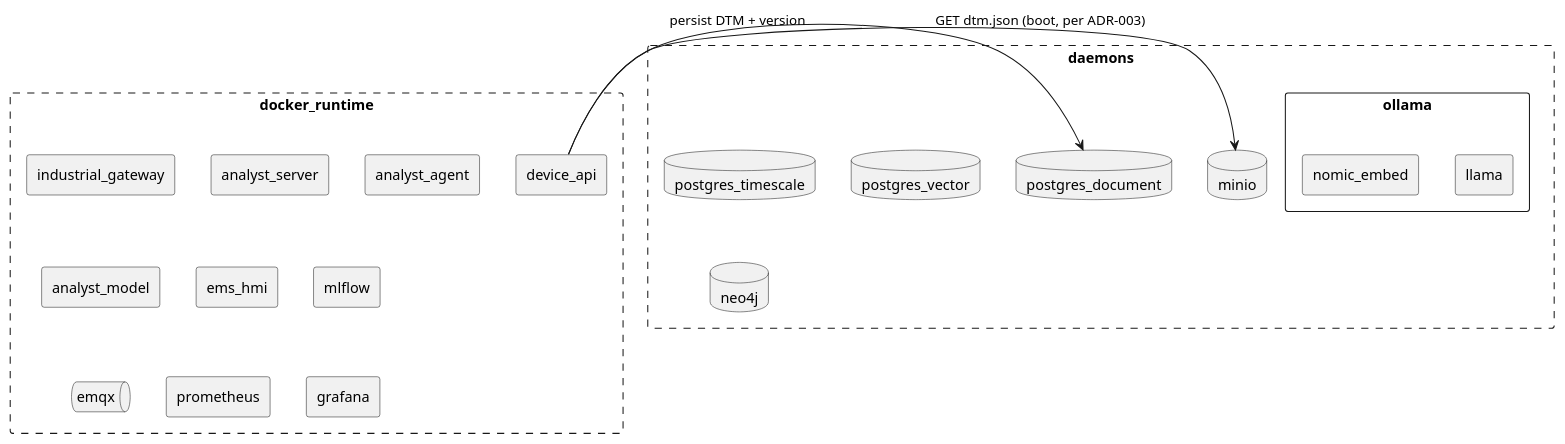
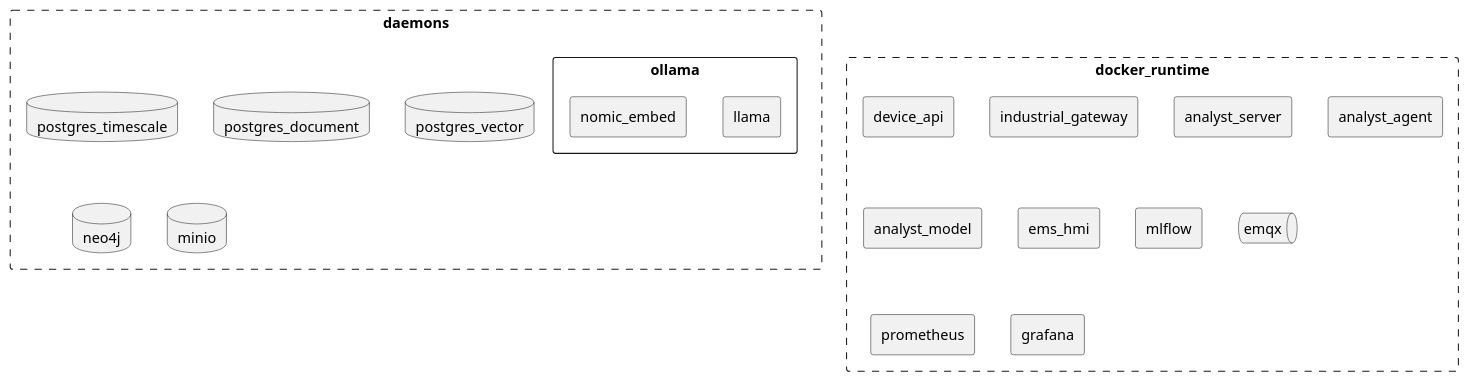
One commit to arcnode-io/ems changed the fourth of 5 diagrams in readme.md. Above: the diagram before and after it, drawn with PlantUML. The commit also changed other lines of this file, not shown here.

Commit message:
🎨 docs: drop boot arrows from cloud + on-prem deployment diagrams
Diagrams crossed clean container/persistence groupings; boot flow lives
in the Sequence section already. Static deployment diagrams should
show topology, not call sequences.

````diff
--- a/readme.md
+++ b/readme.md
@@ -153,29 +151,27 @@
 ```plantuml
 rectangle daemons #line.dashed {
     database postgres_timescale 
     database postgres_document 
     database postgres_vector
     database neo4j
     database minio
     rectangle ollama {
       rectangle llama
       rectangle nomic_embed
     }
     }
 
     rectangle docker_runtime #line.dashed {
     rectangle device_api
     rectangle industrial_gateway
     rectangle analyst_server
     rectangle analyst_agent
     rectangle analyst_model
     rectangle ems_hmi
     rectangle mlflow
     queue emqx
     rectangle prometheus
     rectangle grafana
 }
 
-device_api -> minio: GET dtm.json (boot, per ADR-003)
-device_api -> postgres_document: persist DTM + version
 ```
````
